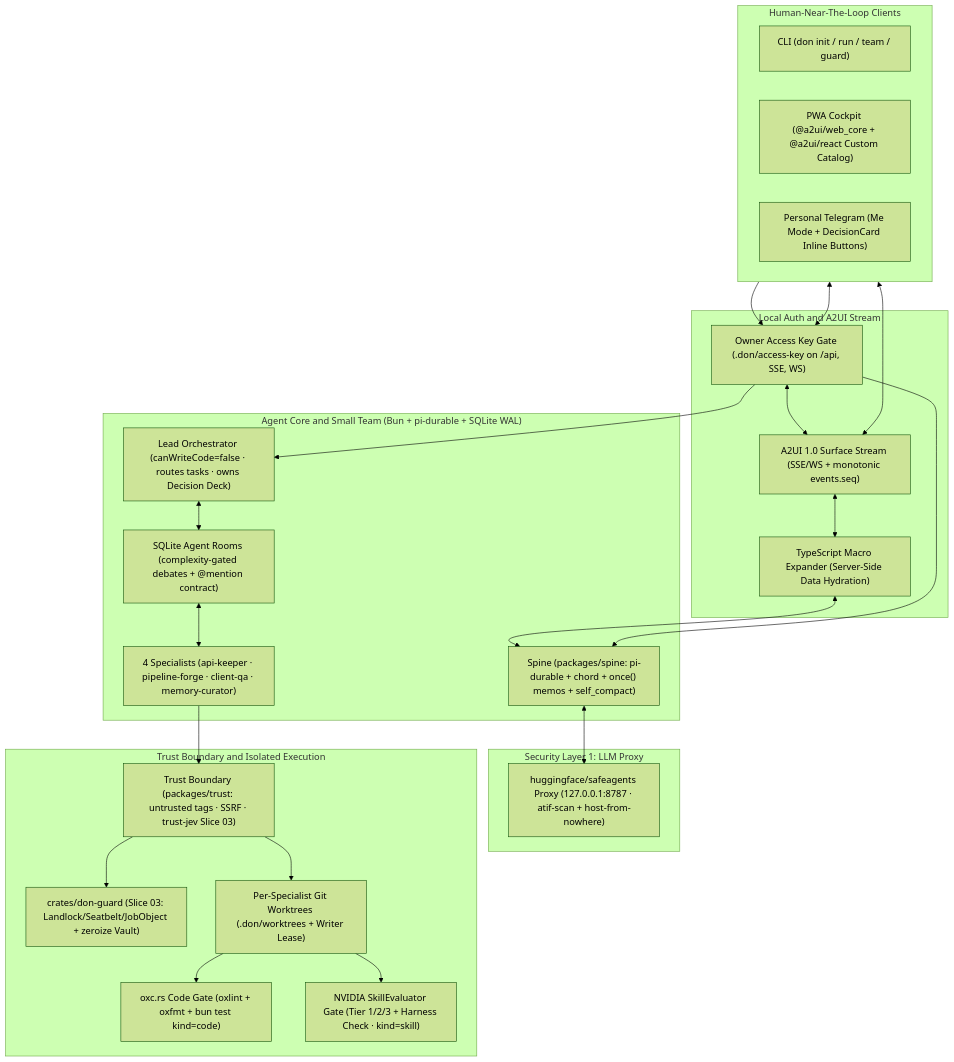
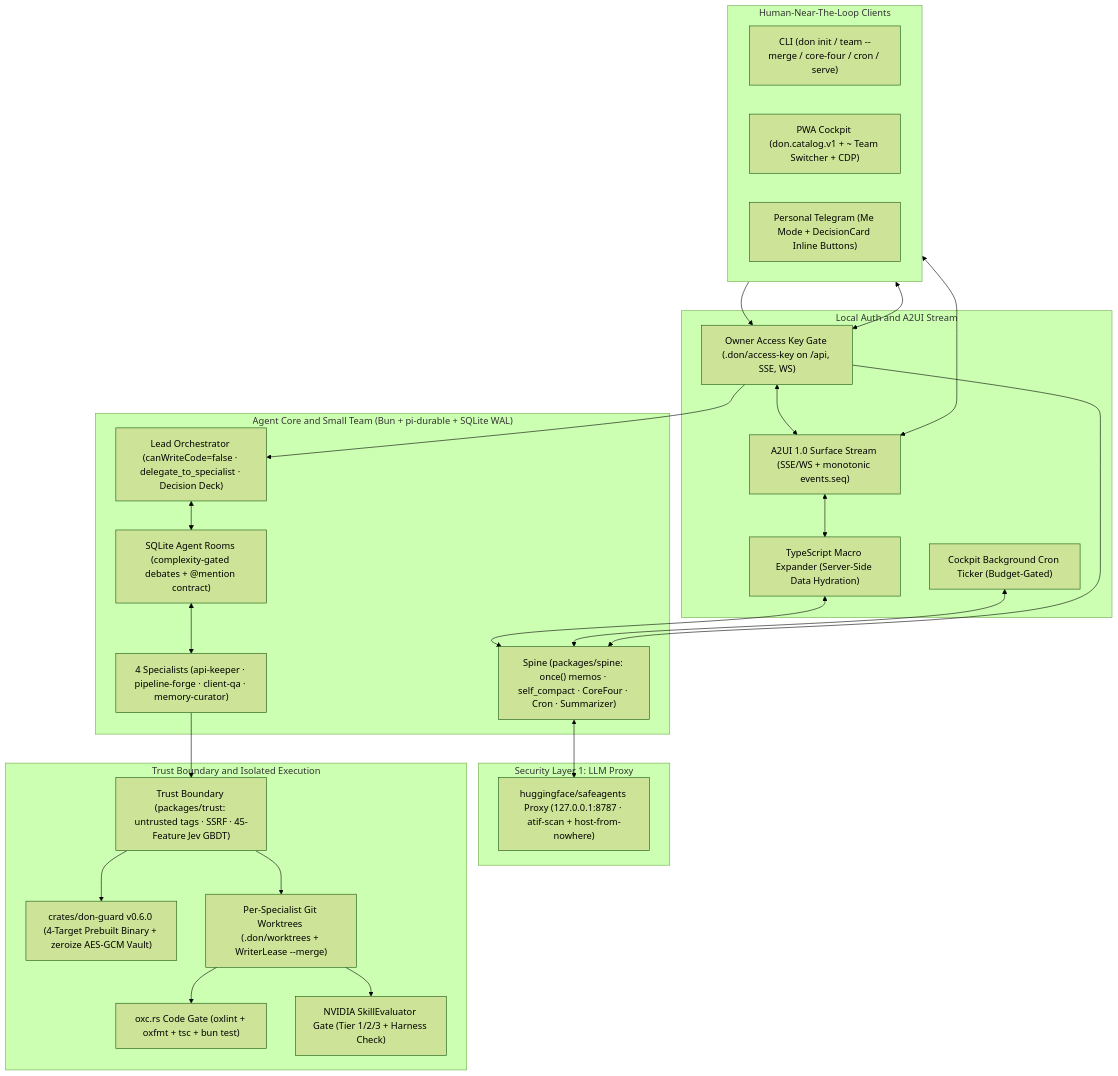
Before and after one commit to aegntic/don-bot: the first of 3 diagrams in SPEC.md, drawn with Mermaid (forest theme). The commit also changed other lines of this file and 10 other files, not shown here.

Commit message:
docs(v0.6.0): add SVG architecture infographics, visual flowmaps, and Mermaid charts

````diff
--- a/SPEC.md
+++ b/SPEC.md
@@ -37,51 +39,53 @@
 ```mermaid
 flowchart TD
   subgraph Clients["Human-Near-The-Loop Clients"]
     direction LR
-    CLI["CLI (don init / run / team / guard)"]
-    PWA["PWA Cockpit (@a2ui/web_core + @a2ui/react Custom Catalog)"]
+    CLI["CLI (don init / team --merge / core-four / cron / serve)"]
+    PWA["PWA Cockpit (don.catalog.v1 + ~ Team Switcher + CDP)"]
     TG["Personal Telegram (Me Mode + DecisionCard Inline Buttons)"]
   end
 
   subgraph EdgeAuth["Local Auth and A2UI Stream"]
     AccessKey["Owner Access Key Gate (.don/access-key on /api, SSE, WS)"]
     A2UIStream["A2UI 1.0 Surface Stream (SSE/WS + monotonic events.seq)"]
     MacroExpander["TypeScript Macro Expander (Server-Side Data Hydration)"]
+    CronTicker["Cockpit Background Cron Ticker (Budget-Gated)"]
   end
 
   subgraph LLMProxy["Security Layer 1: LLM Proxy"]
     SafeAgents["huggingface/safeagents Proxy (127.0.0.1:8787 · atif-scan + host-from-nowhere)"]
   end
 
   subgraph Core["Agent Core and Small Team (Bun + pi-durable + SQLite WAL)"]
-    Spine["Spine (packages/spine: pi-durable + chord + once() memos + self_compact)"]
-    Lead["Lead Orchestrator (canWriteCode=false · routes tasks · owns Decision Deck)"]
+    Spine["Spine (packages/spine: once() memos · self_compact · CoreFour · Cron · Summarizer)"]
+    Lead["Lead Orchestrator (canWriteCode=false · delegate_to_specialist · Decision Deck)"]
     Rooms["SQLite Agent Rooms (complexity-gated debates + @mention contract)"]
     Specialists["4 Specialists (api-keeper · pipeline-forge · client-qa · memory-curator)"]
   end
 
   subgraph GuardAndExec["Trust Boundary and Isolated Execution"]
-    Trust["Trust Boundary (packages/trust: untrusted tags · SSRF · trust-jev Slice 03)"]
-    RustGuard["crates/don-guard (Slice 03: Landlock/Seatbelt/JobObject + zeroize Vault)"]
-    Worktrees["Per-Specialist Git Worktrees (.don/worktrees + Writer Lease)"]
-    OxcGate["oxc.rs Code Gate (oxlint + oxfmt + bun test kind=code)"]
-    SkillGate["NVIDIA SkillEvaluator Gate (Tier 1/2/3 + Harness Check · kind=skill)"]
+    Trust["Trust Boundary (packages/trust: untrusted tags · SSRF · 45-Feature Jev GBDT)"]
+    RustGuard["crates/don-guard v0.6.0 (4-Target Prebuilt Binary + zeroize AES-GCM Vault)"]
+    Worktrees["Per-Specialist Git Worktrees (.don/worktrees + WriterLease --merge)"]
+    OxcGate["oxc.rs Code Gate (oxlint + oxfmt + tsc + bun test)"]
+    SkillGate["NVIDIA SkillEvaluator Gate (Tier 1/2/3 + Harness Check)"]
   end
 
   CLI --> AccessKey
   PWA <--> A2UIStream
   TG <--> AccessKey
   AccessKey <--> A2UIStream
   A2UIStream <--> MacroExpander
   MacroExpander <--> Spine
+  CronTicker <--> Spine
   AccessKey --> Lead
   AccessKey --> Spine
   Spine <--> SafeAgents
   Lead <--> Rooms
   Rooms <--> Specialists
   Specialists --> Trust
   Trust --> RustGuard
   Trust --> Worktrees
   Worktrees --> OxcGate
   Worktrees --> SkillGate
 ```
````
